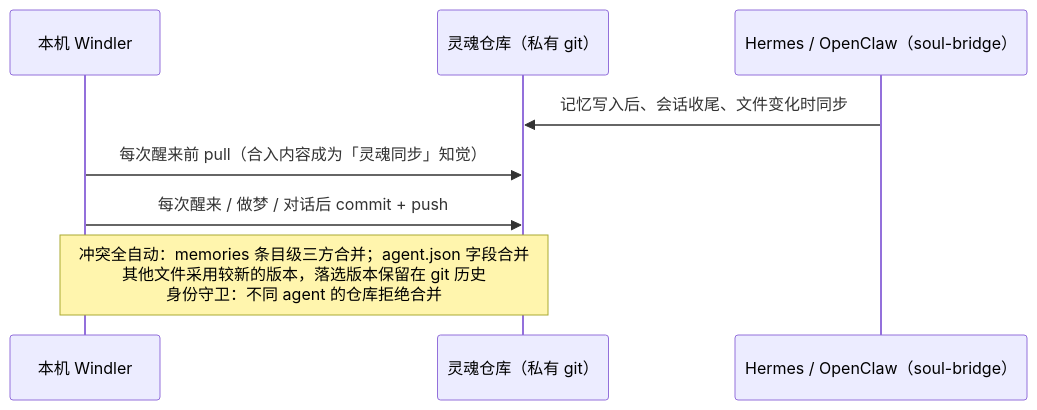
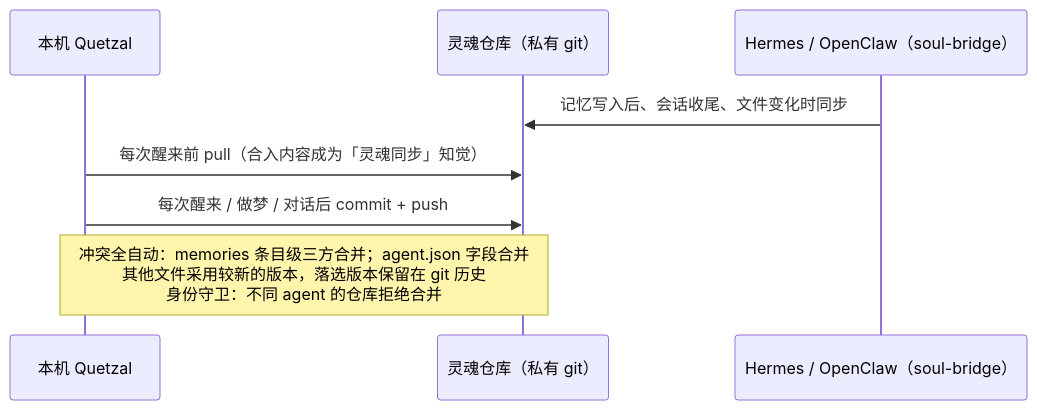
Before and after one commit to Causally-XYZ/Project.Quetzal: the eighth of 9 diagrams in docs/ARCHITECTURE.md, drawn with Mermaid. The commit also changed other lines of this file and 150 other files, not shown here.

First line of the commit message:
更名为 Quetzal：运行基座、控制台、npm 包、官网、文档全部由 Windler 改名

````diff
--- a/docs/ARCHITECTURE.md
+++ b/docs/ARCHITECTURE.md
@@ -295,10 +295,10 @@
 ```mermaid
 sequenceDiagram
-  participant A as 本机 Windler
+  participant A as 本机 Quetzal
   participant R as 灵魂仓库（私有 git）
   participant H as Hermes / OpenClaw（soul-bridge）
   H->>R: 记忆写入后、会话收尾、文件变化时同步
   A->>R: 每次醒来前 pull（合入内容成为「灵魂同步」知觉）
   A->>R: 每次醒来 / 做梦 / 对话后 commit + push
   Note over A,R: 冲突全自动：memories 条目级三方合并；agent.json 字段合并<br/>其他文件采用较新的版本，落选版本保留在 git 历史<br/>身份守卫：不同 agent 的仓库拒绝合并
 ```
````
